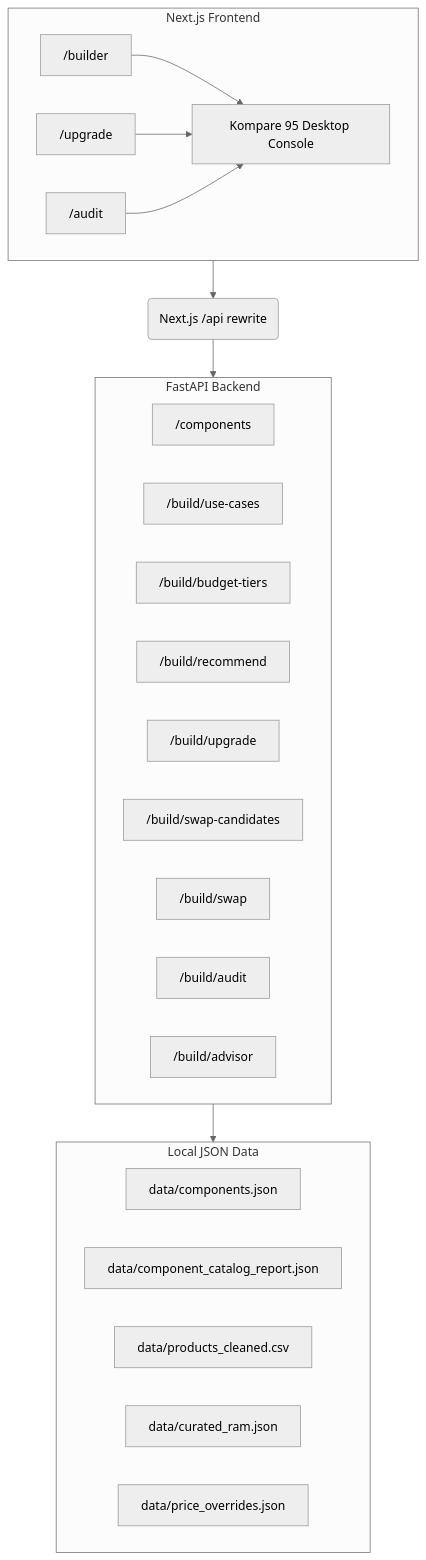
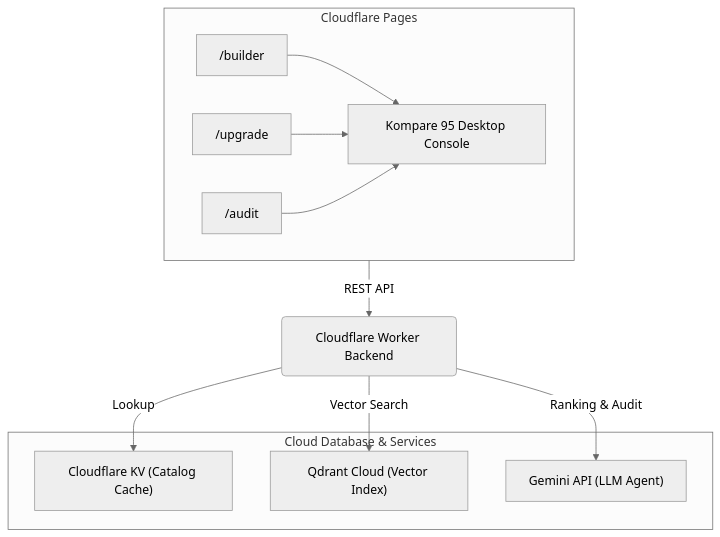
One commit to samlehoy/kompare changed the diagram in README.md. Above: the diagram before and after it, drawn with Mermaid (neutral theme). The commit also changed other lines of this file, not shown here.

Commit message:
chore: update root README.md to describe Cloudflare serverless architecture

````diff
--- a/README.md
+++ b/README.md
@@ -50,40 +50,26 @@
 ```mermaid
 graph TD
     %% Frontend Subgraph
-    subgraph Frontend [Next.js Frontend]
+    subgraph Frontend [Cloudflare Pages]
         A["Kompare 95 Desktop Console"]
         B["/builder"] --> A
         C["/upgrade"] --> A
         D["/audit"] --> A
     end
 
-    %% API Rewrite Node
-    E("Next.js /api rewrite")
-
-    %% Backend Subgraph
-    subgraph Backend [FastAPI Backend]
-        F["/components"]
-        G["/build/use-cases"]
-        H["/build/budget-tiers"]
-        I["/build/recommend"]
-        J["/build/upgrade"]
-        K["/build/swap-candidates"]
-        L["/build/swap"]
-        M["/build/audit"]
-        N["/build/advisor"]
-    end
+    %% Worker Node
+    E("Cloudflare Worker Backend")
 
     %% Database Subgraph
-    subgraph Data [Local JSON Data]
-        O["data/components.json"]
-        P["data/component_catalog_report.json"]
-        Q["data/products_cleaned.csv"]
-        R["data/curated_ram.json"]
-        S["data/price_overrides.json"]
+    subgraph Data [Cloud Database & Services]
+        O["Cloudflare KV (Catalog Cache)"]
+        P["Qdrant Cloud (Vector Index)"]
+        Q["Gemini API (LLM Agent)"]
     end
 
     %% Connections
-    Frontend --> E
-    E --> Backend
-    Backend --> Data
+    Frontend -->|REST API| E
+    E -->|Lookup| O
+    E -->|Vector Search| P
+    E -->|Ranking & Audit| Q
 ```
````
